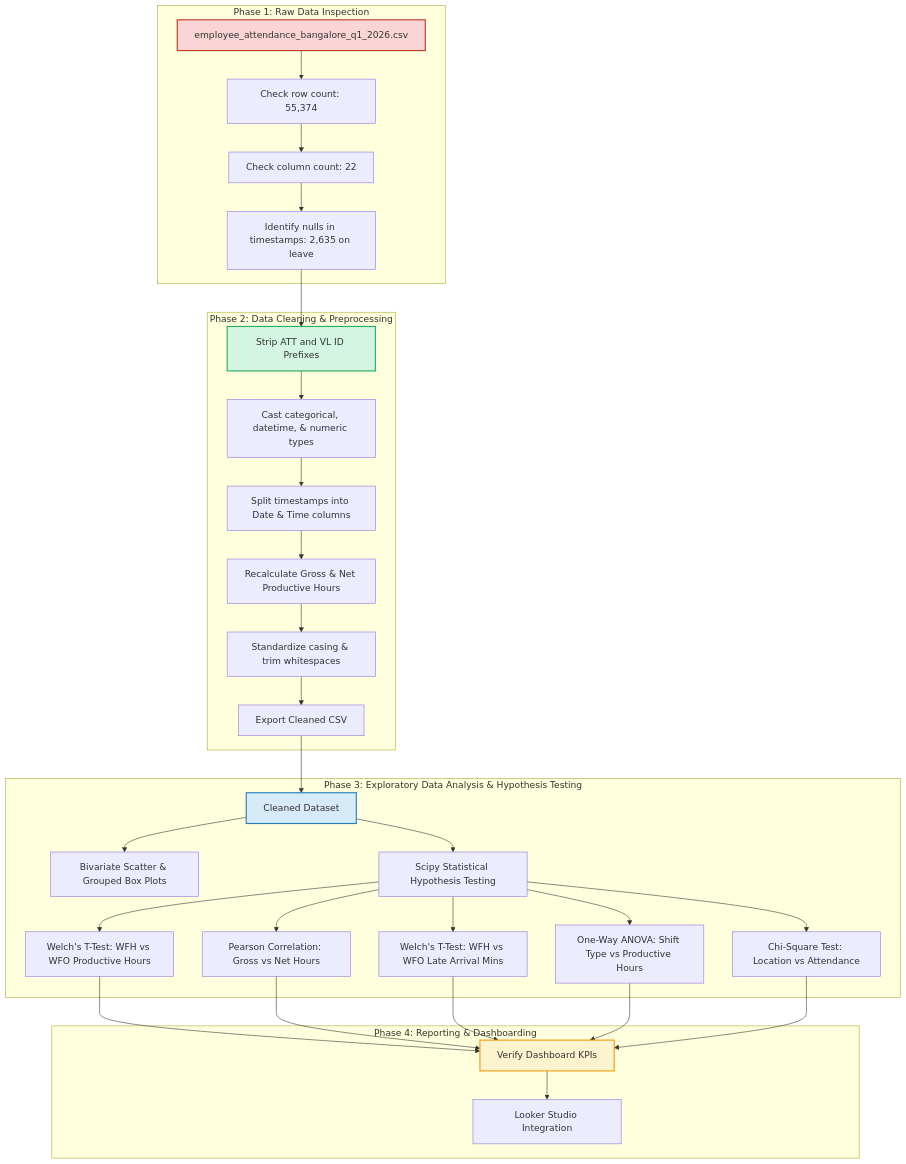
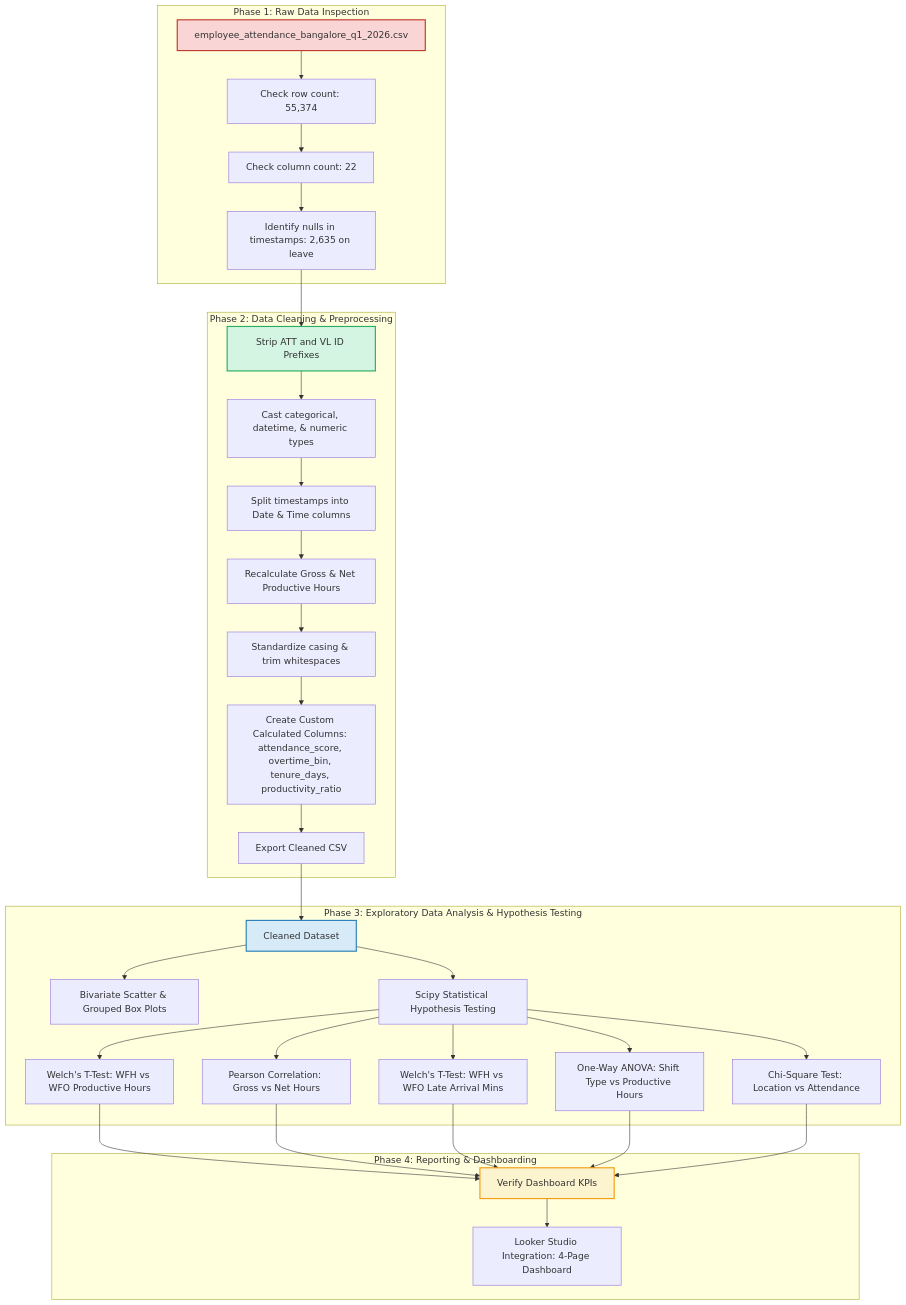
The diagram in README.md (Nabamit/Nabamit-AURA-HR-Attendance-Dashboard), drawn with Mermaid before and after one commit. The commit also changed other lines of this file and 7 other files, not shown here.

Commit message:
Update project with calculated columns and 4-page dashboard benchmarking

````diff
--- a/README.md
+++ b/README.md
@@ -20,39 +36,40 @@
 ```mermaid
 flowchart TD
     %% Define styles
     classDef raw fill:#f9d5d5,stroke:#c0392b,stroke-width:2px;
     classDef process fill:#d5f5e3,stroke:#27ae60,stroke-width:2px;
     classDef stats fill:#d6eaf8,stroke:#2980b9,stroke-width:2px;
     classDef visual fill:#fcf3cf,stroke:#f39c12,stroke-width:2px;
 
     subgraph Phase 1: Raw Data Inspection
         A1[employee_attendance_bangalore_q1_2026.csv]:::raw --> A2[Check row count: 55,374]
         A2 --> A3[Check column count: 22]
         A3 --> A4[Identify nulls in timestamps: 2,635 on leave]
     end
 
     subgraph Phase 2: Data Cleaning & Preprocessing
         A4 --> B1[Strip ATT and VL ID Prefixes]:::process
         B1 --> B2[Cast categorical, datetime, & numeric types]
         B2 --> B3[Split timestamps into Date & Time columns]
         B3 --> B4[Recalculate Gross & Net Productive Hours]
         B4 --> B5[Standardize casing & trim whitespaces]
-        B5 --> B6[Export Cleaned CSV]
+        B5 --> B6[Create Custom Calculated Columns: attendance_score, overtime_bin, tenure_days, productivity_ratio]
+        B6 --> B7[Export Cleaned CSV]
     end
 
     subgraph Phase 3: Exploratory Data Analysis & Hypothesis Testing
-        B6 --> C1[Cleaned Dataset]:::stats
+        B7 --> C1[Cleaned Dataset]:::stats
         C1 --> C2[Bivariate Scatter & Grouped Box Plots]
         C1 --> C3[Scipy Statistical Hypothesis Testing]
         C3 --> T1[Welch's T-Test: WFH vs WFO Productive Hours]
         C3 --> T2[Pearson Correlation: Gross vs Net Hours]
         C3 --> T3[Welch's T-Test: WFH vs WFO Late Arrival Mins]
         C3 --> T4[One-Way ANOVA: Shift Type vs Productive Hours]
         C3 --> T5[Chi-Square Test: Location vs Attendance]
     end
 
     subgraph Phase 4: Reporting & Dashboarding
         T1 & T2 & T3 & T4 & T5 --> D1[Verify Dashboard KPIs]:::visual
-        D1 --> D2[Looker Studio Integration]
+        D1 --> D2[Looker Studio Integration: 4-Page Dashboard]
     end
 ```
````
